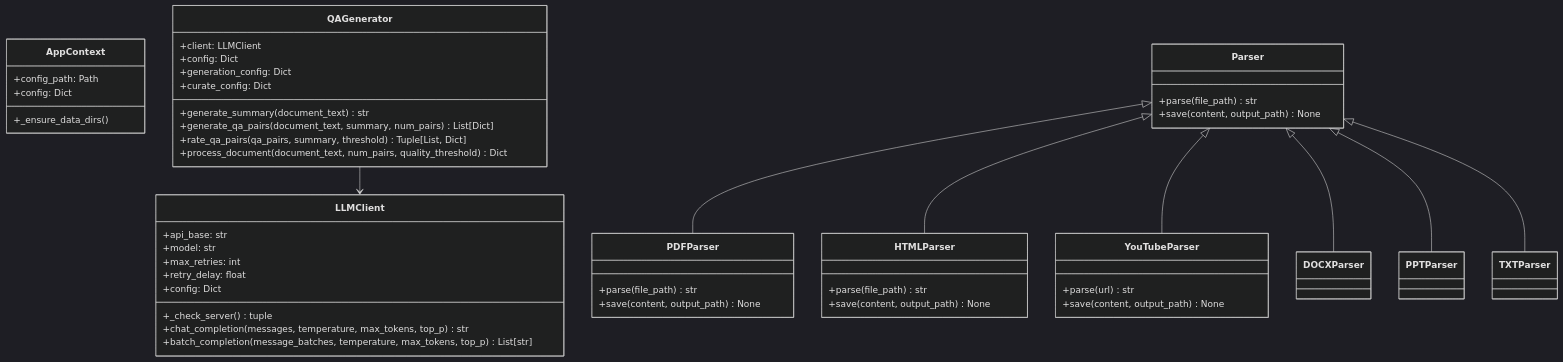
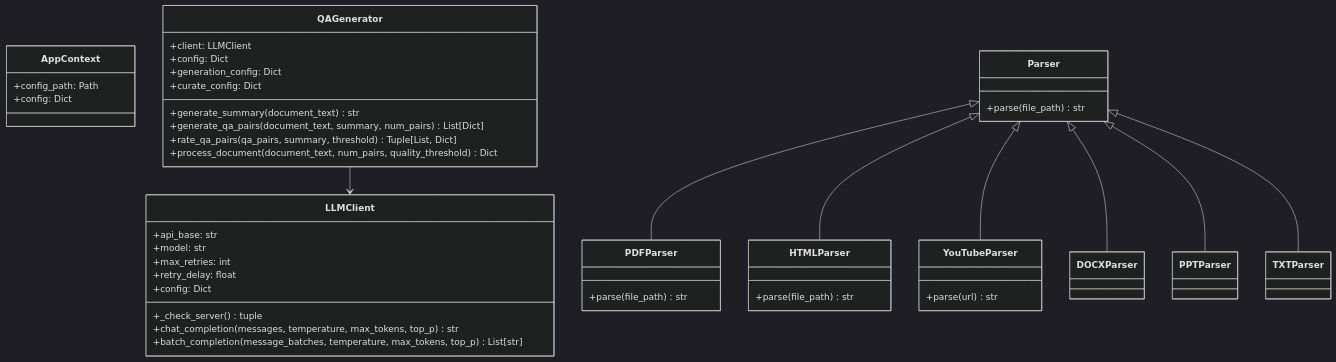
The second of 7 diagrams in DOCS.md (AvacynLab/datacreek), drawn with Mermaid (dark theme) before and after one commit. The commit also changed other lines of this file and 43 other files, not shown here.

````diff
--- a/DOCS.md
+++ b/DOCS.md
@@ -214,60 +204,55 @@
 ```mermaid
 classDiagram
     class AppContext {
         +config_path: Path
         +config: Dict
-        +_ensure_data_dirs()
     }
 
     class LLMClient {
         +api_base: str
         +model: str
         +max_retries: int
         +retry_delay: float
         +config: Dict
         +_check_server() tuple
         +chat_completion(messages, temperature, max_tokens, top_p) str
         +batch_completion(message_batches, temperature, max_tokens, top_p) List[str]
     }
 
     class QAGenerator {
         +client: LLMClient
         +config: Dict
         +generation_config: Dict
         +curate_config: Dict
         +generate_summary(document_text) str
         +generate_qa_pairs(document_text, summary, num_pairs) List[Dict]
         +rate_qa_pairs(qa_pairs, summary, threshold) Tuple[List, Dict]
         +process_document(document_text, num_pairs, quality_threshold) Dict
     }
 
     class Parser {
         +parse(file_path) str
-        +save(content, output_path) None
     }
 
     class PDFParser {
         +parse(file_path) str
-        +save(content, output_path) None
     }
 
     class HTMLParser {
         +parse(file_path) str
-        +save(content, output_path) None
     }
 
     class YouTubeParser {
         +parse(url) str
-        +save(content, output_path) None
     }
 
 
     Parser <|-- PDFParser
     Parser <|-- HTMLParser
     Parser <|-- YouTubeParser
     Parser <|-- DOCXParser
     Parser <|-- PPTParser
     Parser <|-- TXTParser
 
     QAGenerator --> LLMClient
 ```
````
